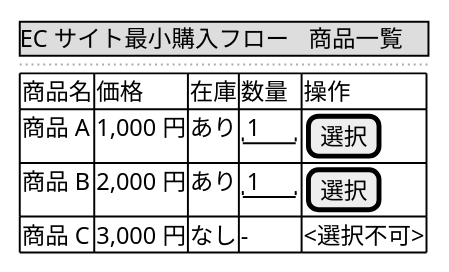
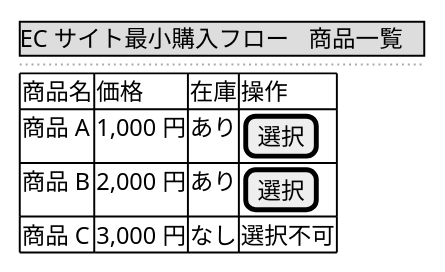
Before and after one commit to amadeus-dlc/amadeus: the first of 4 diagrams in examples/02-inception-completed/aidlc/spaces/default/intents/260703-minimum-purchase-flow/inception/refined-mockups/mockups.md, drawn with PlantUML. The commit also changed other lines of this file and 160 other files, not shown here.

````diff
--- a/examples/02-inception-completed/aidlc/spaces/default/intents/260703-minimum-purchase-flow/inception/refined-mockups/mockups.md
+++ b/examples/02-inception-completed/aidlc/spaces/default/intents/260703-minimum-purchase-flow/inception/refined-mockups/mockups.md
@@ -13,14 +11,14 @@
 ```plantuml
 @startsalt
 {
   {* EC サイト最小購入フロー | 商品一覧 }
   ..
   {#
-    商品名 | 価格 | 在庫 | 数量 | 操作
-    商品 A | 1,000 円 | あり | "1  " | [ 選択 ]
-    商品 B | 2,000 円 | あり | "1  " | [ 選択 ]
-    商品 C | 3,000 円 | なし | - | <選択不可>
+    商品名 | 価格 | 在庫 | 操作
+    商品 A | 1,000 円 | あり | [ 選択 ]
+    商品 B | 2,000 円 | あり | [ 選択 ]
+    商品 C | 3,000 円 | なし | 選択不可
   }
 }
 @endsalt
 ```
````
